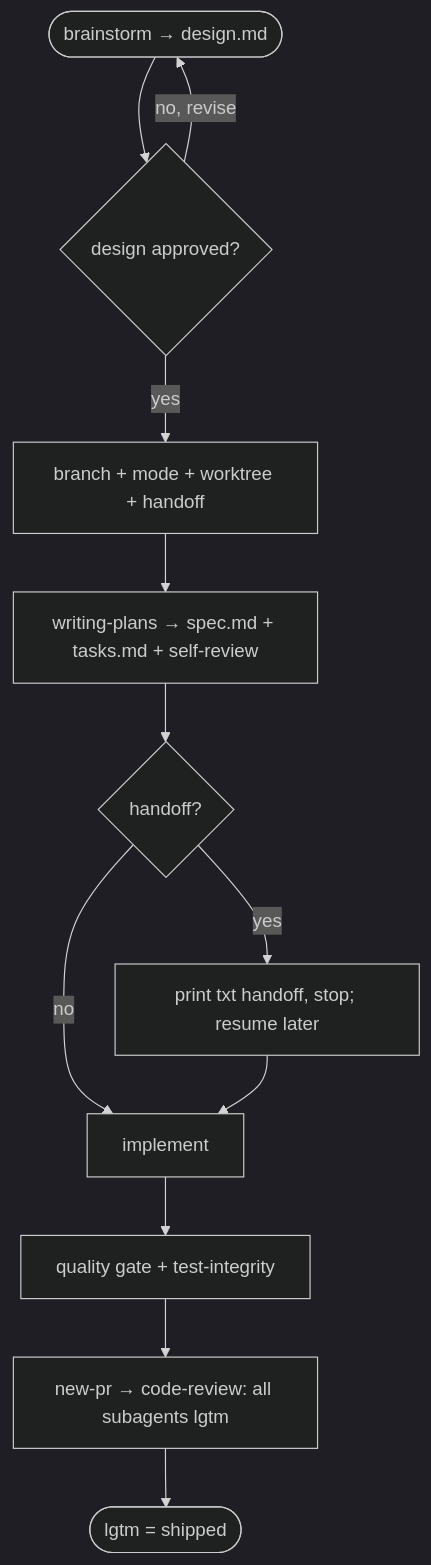
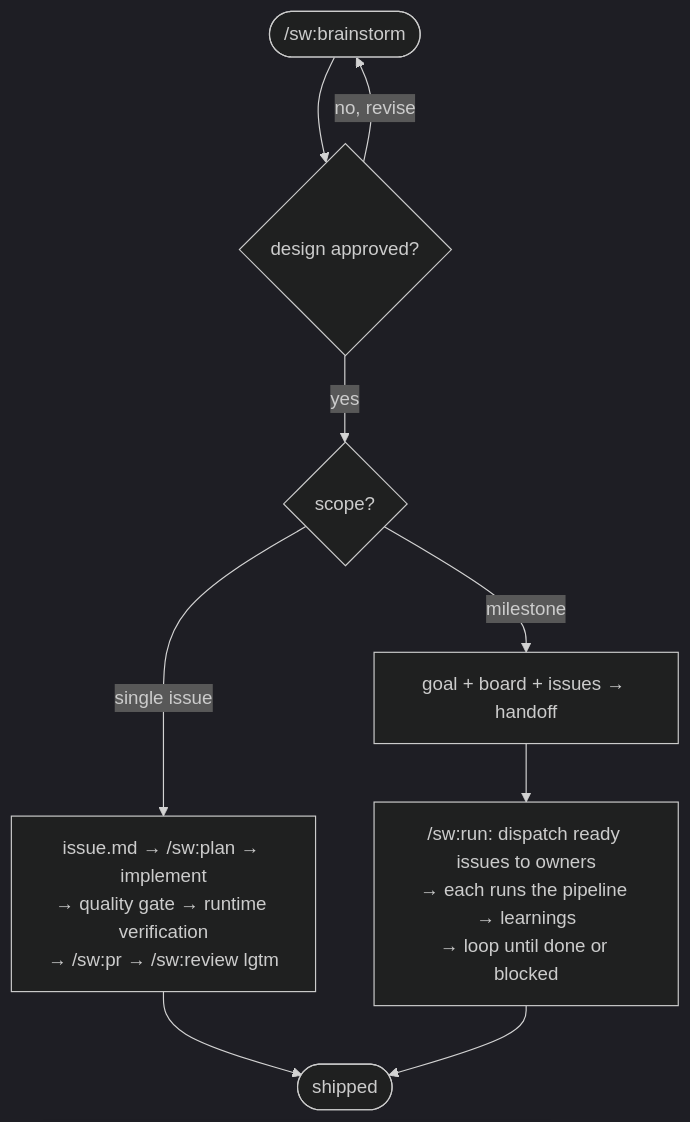
The diagram in AGENTS.md (ribeirogab/memex), drawn with Mermaid (dark theme) before and after one commit. The commit also changed other lines of this file and 2 other files, not shown here.

Commit message:
docs: retarget AGENTS.md and README to the issue-driven flow

````diff
--- a/AGENTS.md
+++ b/AGENTS.md
@@ -29,14 +26,11 @@
 ```mermaid
 flowchart TD
-    A(["brainstorm → design.md"]) --> B{"design approved?"}
+    A(["/sw:brainstorm"]) --> B{"design approved?"}
     B -- "no, revise" --> A
-    B -- yes --> C["branch + mode + worktree + handoff"]
-    C --> D["writing-plans → spec.md + tasks.md + self-review"]
-    D --> E{"handoff?"}
-    E -- yes --> F["print txt handoff, stop; resume later"]
-    E -- no --> G["implement"]
+    B -- yes --> C{"scope?"}
+    C -- "single issue" --> D["issue.md → /sw:plan → implement<br/>→ quality gate → runtime verification<br/>→ /sw:pr → /sw:review lgtm"]
+    C -- milestone --> E["goal + board + issues → handoff"]
+    E --> F["/sw:run: dispatch ready issues to owners<br/>→ each runs the pipeline → learnings<br/>→ loop until done or blocked"]
+    D --> G(["shipped"])
     F --> G
-    G --> H["quality gate + test-integrity"]
-    H --> I["new-pr → code-review: all subagents lgtm"]
-    I --> J(["lgtm = shipped"])
 ```
````
